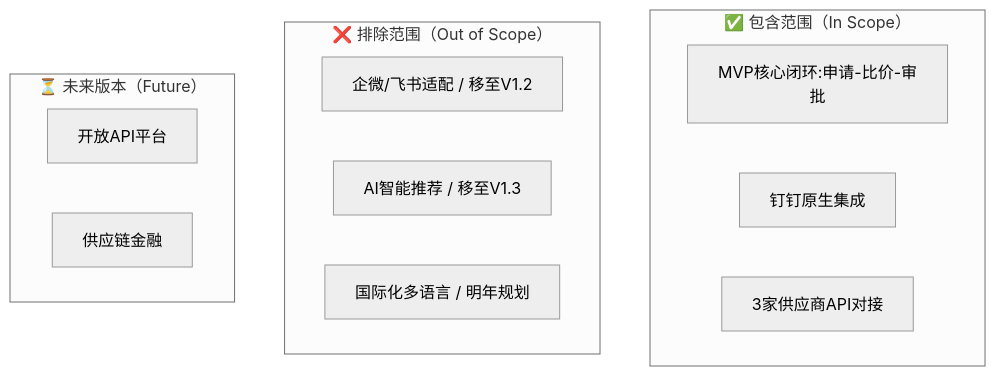
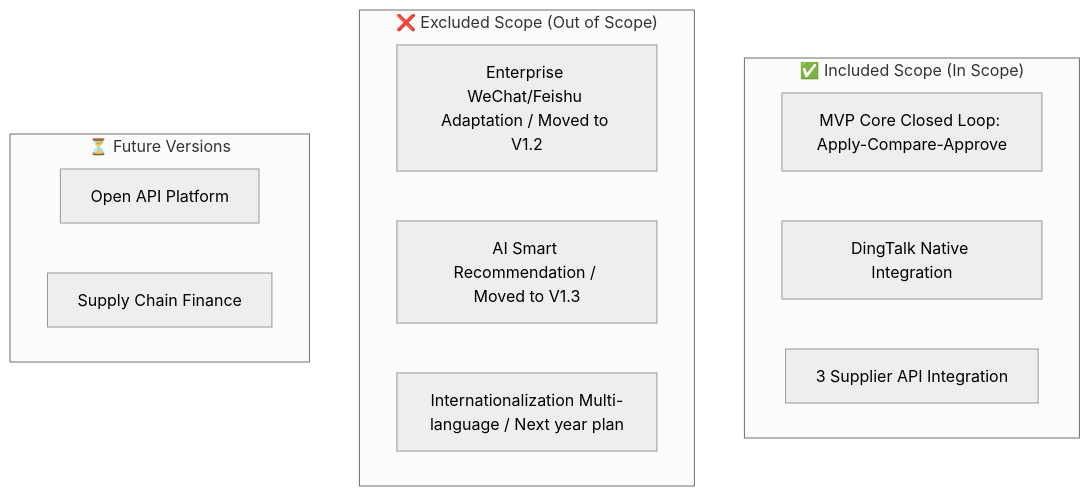
Diagram 13 of 17 in templates/产品/战略层/【模板】市场需求文档.md (Kirky-X/cangjie), drawn with Mermaid (neutral theme) before and after one commit. The commit also changed other lines of this file and 60 other files, not shown here.

````diff
--- a/templates/产品/战略层/【模板】市场需求文档.md
+++ b/templates/产品/战略层/【模板】市场需求文档.md
@@ -596,19 +560,19 @@
 ```mermaid
 graph TB
-    subgraph InScope["✅ 包含范围（In Scope）"]
-        A1[MVP核心闭环:申请-比价-审批]
-        A2[钉钉原生集成]
-        A3[3家供应商API对接]
+    subgraph InScope["✅ Included Scope (In Scope)"]
+        A1[MVP Core Closed Loop: Apply-Compare-Approve]
+        A2[DingTalk Native Integration]
+        A3[3 Supplier API Integration]
     end
 
-    subgraph OutScope["❌ 排除范围（Out of Scope）"]
-        B1[企微/飞书适配 / 移至V1.2]
-        B2[AI智能推荐 / 移至V1.3]
-        B3[国际化多语言 / 明年规划]
+    subgraph OutScope["❌ Excluded Scope (Out of Scope)"]
+        B1[Enterprise WeChat/Feishu Adaptation / Moved to V1.2]
+        B2[AI Smart Recommendation / Moved to V1.3]
+        B3[Internationalization Multi-language / Next year plan]
     end
 
-    subgraph Future["⏳ 未来版本（Future）"]
-        C1[开放API平台]
-        C2[供应链金融]
+    subgraph Future["⏳ Future Versions"]
+        C1[Open API Platform]
+        C2[Supply Chain Finance]
     end
 ```
````
